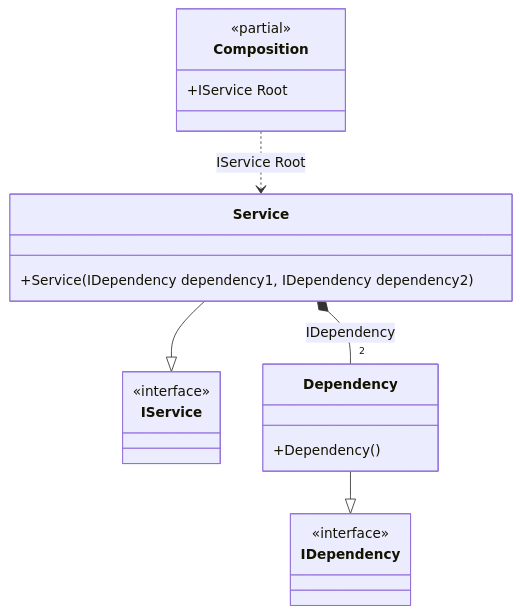
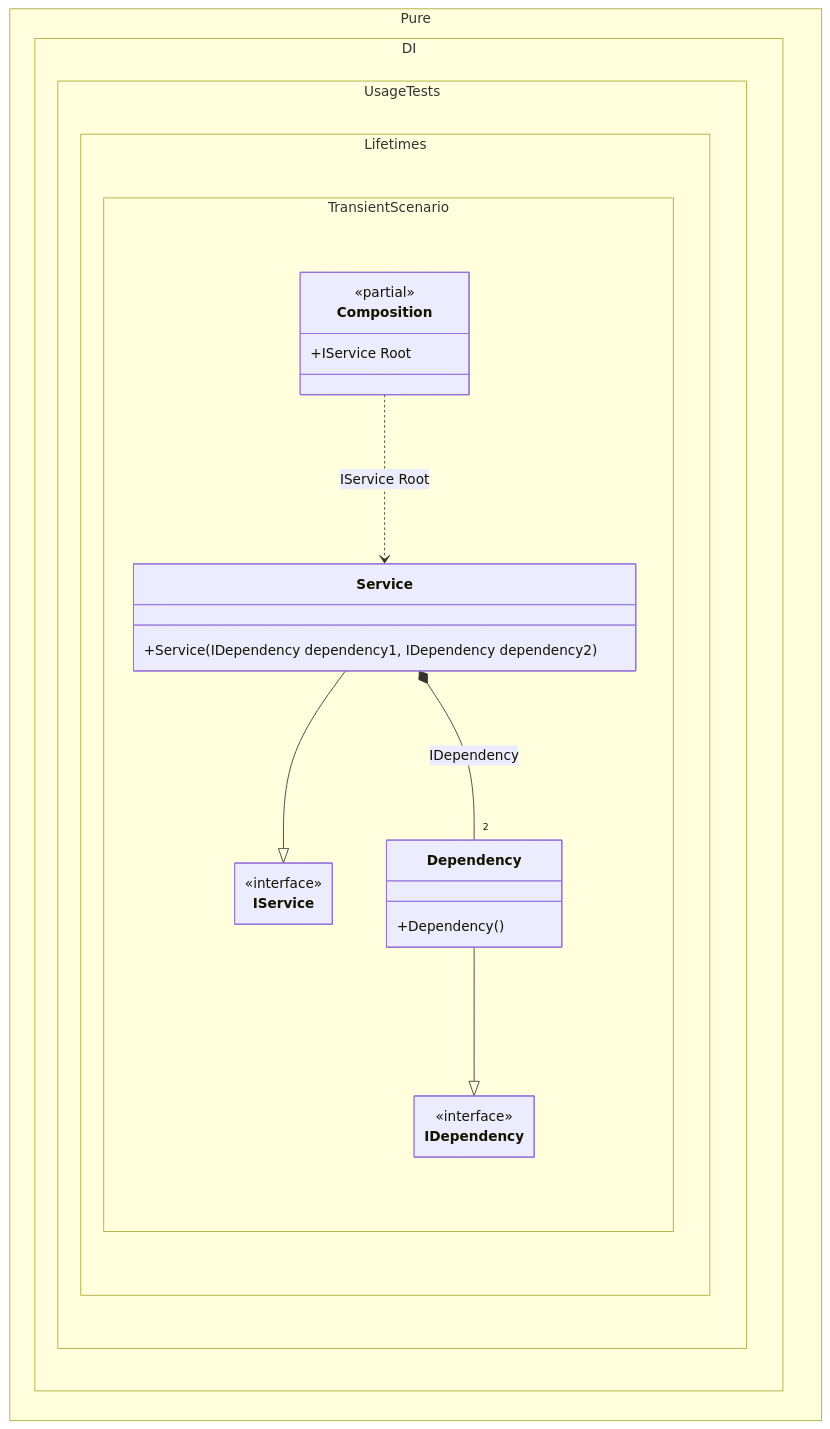
The diagram in readme/transient.md (DevTeam/Pure.DI), drawn with Mermaid before and after one commit. The commit also changed 103 other files, not shown here.

Commit message:
Improved class diagrams

````diff
--- a/readme/transient.md
+++ b/readme/transient.md
@@ -86,23 +86,30 @@
 ```mermaid
+---
+ config:
+  class:
+   hideEmptyMembersBox: true
+---
 classDiagram
-	class Composition {
+	Service --|> IService
+	Dependency --|> IDependency
+	Composition ..> Service : IService Root
+	Service *-- "2 " Dependency : IDependency
+	namespace Pure.DI.UsageTests.Lifetimes.TransientScenario {
+		class Composition {
 		<<partial>>
 		+IService Root
+		}
+		class Dependency {
+			+Dependency()
+		}
+		class IDependency {
+			<<interface>>
+		}
+		class IService {
+			<<interface>>
+		}
+		class Service {
+			+Service(IDependency dependency1, IDependency dependency2)
+		}
 	}
-	Service --|> IService
-	class Service {
-		+Service(IDependency dependency1, IDependency dependency2)
-	}
-	Dependency --|> IDependency
-	class Dependency {
-		+Dependency()
-	}
-	class IService {
-		<<interface>>
-	}
-	class IDependency {
-		<<interface>>
-	}
-	Composition ..> Service : IService Root
-	Service *-- "2 " Dependency : IDependency
 ```
````
